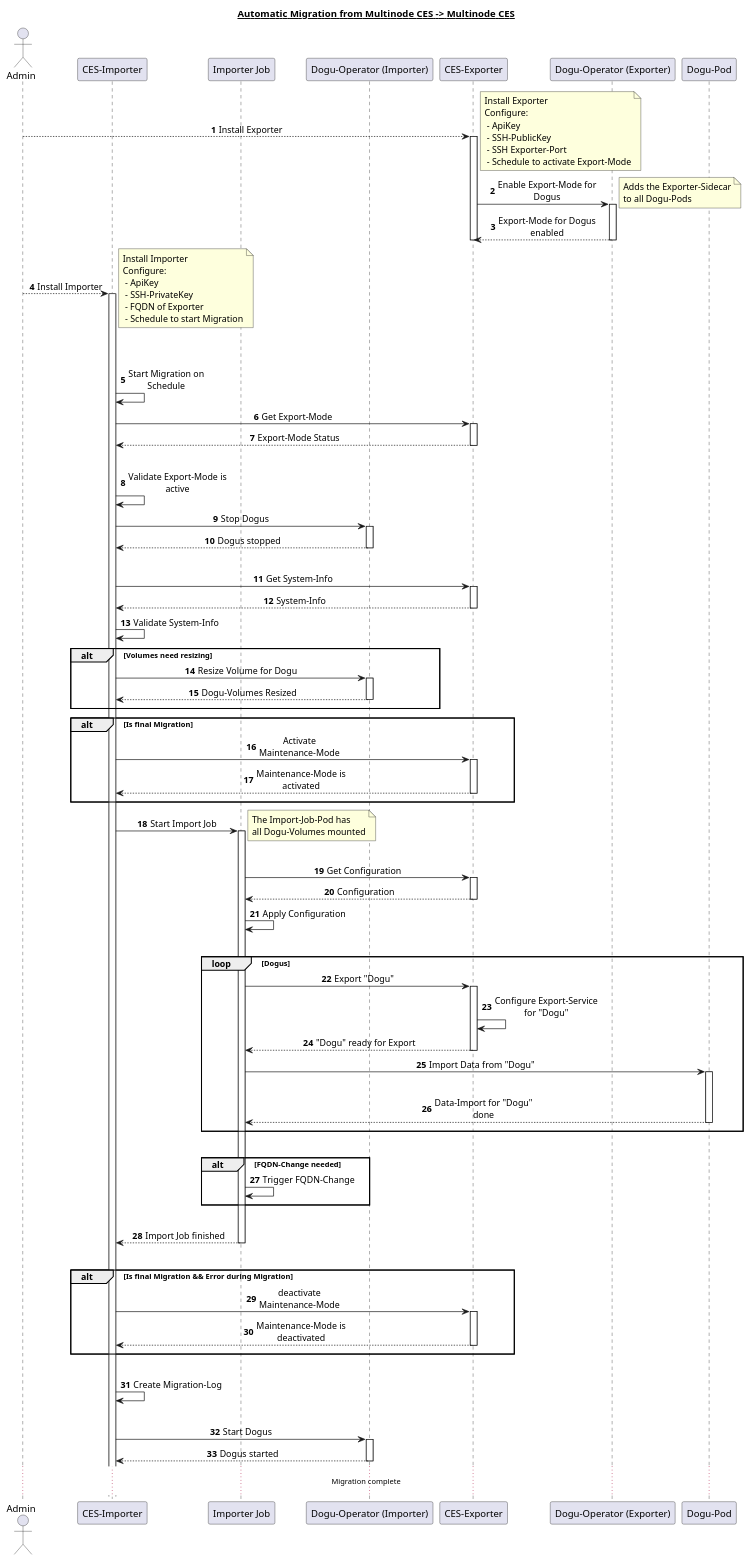
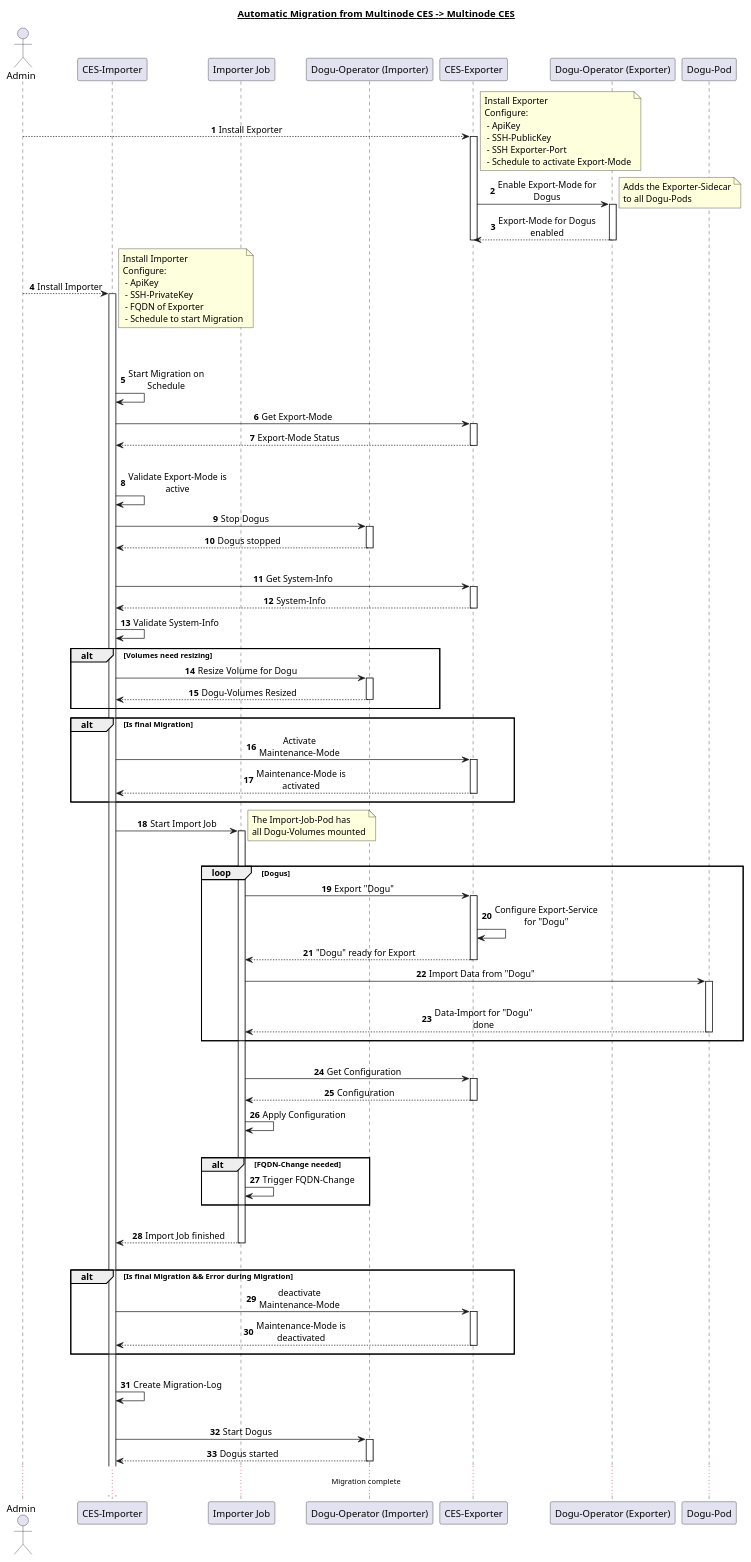
The diagram in docs/development/migration_mn-mn.puml (cloudogu/ces-exporter), drawn with PlantUML before and after one commit. The commit also changed other lines of this file and 4 other files, not shown here.

Commit message:
fixed volume export-path & updated sequence-diagram

```diff
--- a/docs/development/migration_mn-mn.puml
+++ b/docs/development/migration_mn-mn.puml
@@ -1,140 +1,140 @@
 @startuml
 'https://plantuml.com/sequence-diagram
 
 skinparam maxMessageSize 160
 skinparam sequenceMessageAlign center
 autonumber
 
 title __Automatic Migration from Multinode CES -> Multinode CES__
 
 actor Admin
 participant "CES-Importer" as I
 participant "Importer Job" as IJ
 participant "Dogu-Operator (Importer)" as DOI
 participant "CES-Exporter" as E
 participant "Dogu-Operator (Exporter)" as DOE
 participant "Dogu-Pod" as DP
 
 'Install Exporter
 Admin --> E ++: Install Exporter
 note right
 Install Exporter
 Configure:
  - ApiKey
  - SSH-PublicKey
  - SSH Exporter-Port
  - Schedule to activate Export-Mode
 end note
 E -> DOE ++: Enable Export-Mode for Dogus
 note right
 Adds the Exporter-Sidecar
 to all Dogu-Pods
 end note
 E <-- DOE --: Export-Mode for Dogus enabled
 deactivate E
 
 Admin --> I++ : Install Importer
 note right
 Install Importer
 Configure:
  - ApiKey
  - SSH-PrivateKey
  - FQDN of Exporter
  - Schedule to start Migration
 end note
 
 ||50||
 
 I -> I: Start Migration on Schedule
 
 I -> E++: Get Export-Mode
 I <-- E--: Export-Mode Status
 
 |||
 
 I -> I: Validate Export-Mode is active
 
 'Stop Dogus
 I -> DOI ++: Stop Dogus
 I <-- DOI --: Dogus stopped
 
 |||
 
 'System-Info
 I -> E ++: Get System-Info
 I <-- E --: System-Info
 I -> I: Validate System-Info
 
 alt Volumes need resizing
     I -> DOI++: Resize Volume for Dogu
     I <-- DOI--: Dogu-Volumes Resized
     ||5||
 end
 
 alt Is final Migration
     I -> E++: Activate Maintenance-Mode
     I <-- E--: Maintenance-Mode is activated
     ||5||
 end
 
 
 'Start Import-Job
 I -> IJ++: Start Import Job
 note right
 The Import-Job-Pod has
 all Dogu-Volumes mounted
 end note
 
 |||
 
-'Configuration
-IJ -> E ++: Get Configuration
-IJ <-- E --: Configuration
-IJ -> IJ: Apply Configuration
-
-|||
-
 loop Dogus
     'Get Data from Dogu
     IJ -> E ++: Export "Dogu"
     E -> E: Configure Export-Service for "Dogu"
     IJ <-- E --: "Dogu" ready for Export
     IJ -> DP ++: Import Data from "Dogu"
     |||
     IJ <-- DP --: Data-Import for "Dogu" done
     ||5||
 end
+
+|||
+
+'Configuration
+IJ -> E ++: Get Configuration
+IJ <-- E --: Configuration
+IJ -> IJ: Apply Configuration
 
 |||
 
 'FQDN-Change
 alt FQDN-Change needed
     IJ -> IJ: Trigger FQDN-Change
     ||5||
 end
 
 |||
 
 I <-- IJ --: Import Job finished
 
 |||
 
 alt Is final Migration && Error during Migration
     I -> E++: deactivate Maintenance-Mode
     I <-- E--: Maintenance-Mode is deactivated
     ||5||
 end
 
 |||
 
 'Create Migration Log
 I -> I: Create Migration-Log
 
 |||
 
 'Start Dogus
 I -> DOI ++: Start Dogus
 I <-- DOI --: Dogus started
 
 ...Migration complete...
 @enduml
```
